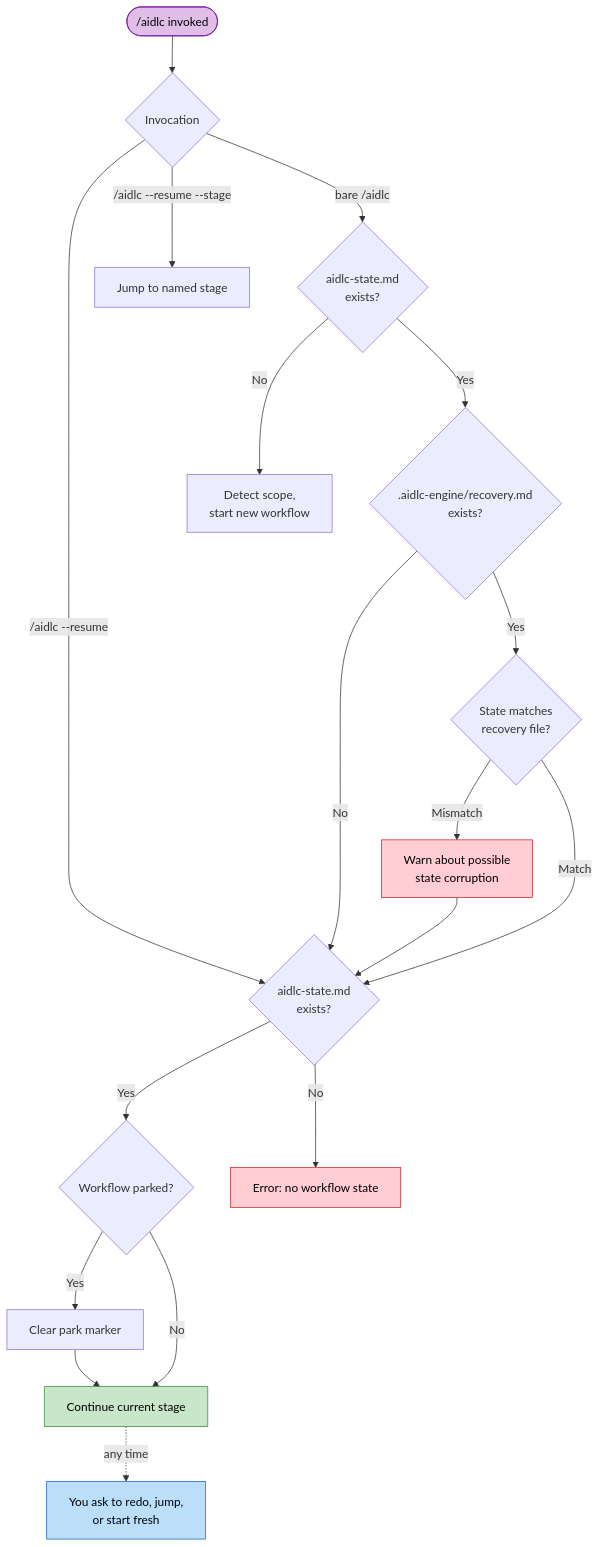
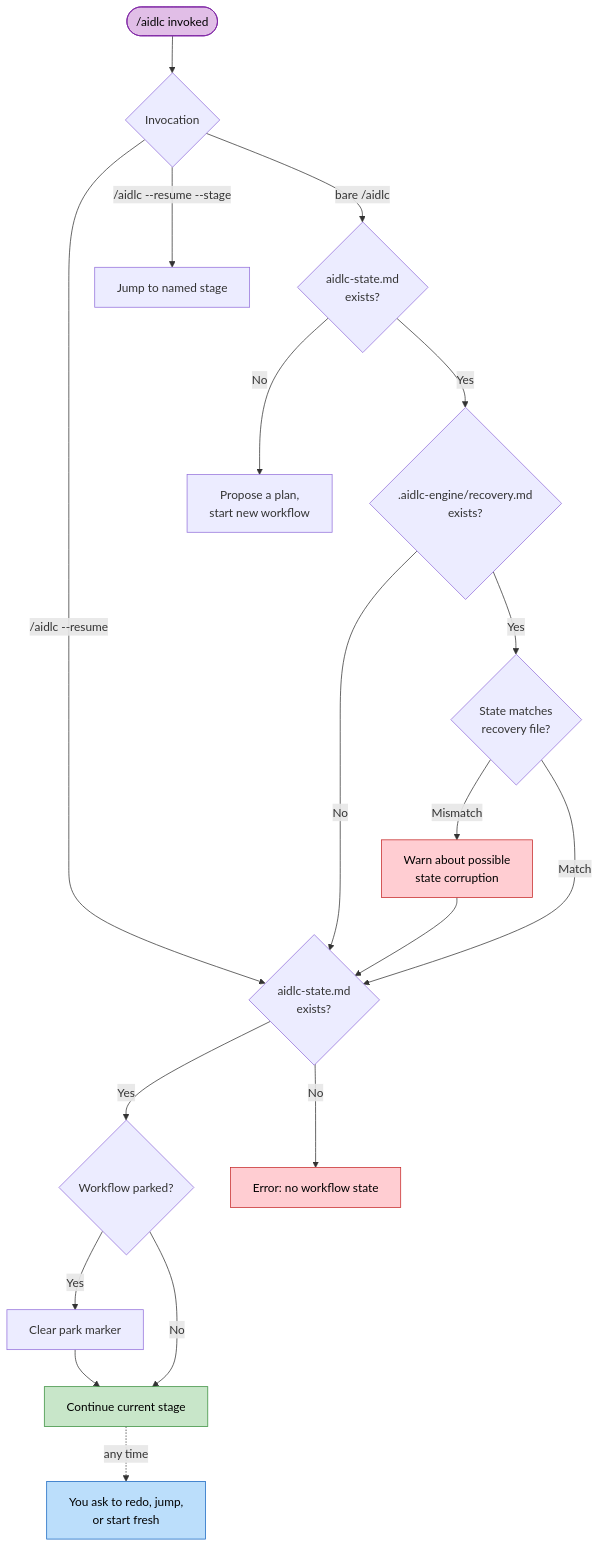
The diagram in docs/guide/ja/11-session-management.md (otomatty/aidlc-guide), drawn with Mermaid before and after one commit. The commit also changed other lines of this file and 740 other files, not shown here.

````diff
--- a/docs/guide/ja/11-session-management.md
+++ b/docs/guide/ja/11-session-management.md
@@ -13,41 +13,41 @@
 ```mermaid
 flowchart TD
     START(["/aidlc invoked"])
     MODE{"Invocation"}
     STATE_EXISTS{"aidlc-state.md\nexists?"}
     RECOVERY_CHECK{".aidlc-engine/recovery.md\nexists?"}
     CORRUPTION{"State matches\nrecovery file?"}
     WARN["Warn about possible\nstate corruption"]
     RESUME_STATE{"aidlc-state.md\nexists?"}
     PARKED{"Workflow parked?"}
     UNPARK["Clear park marker"]
     CONTINUE["Continue current stage"]
     OTHER["You ask to redo, jump,\nor start fresh"]
     JUMP["Jump to named stage"]
     NO_STATE["Error: no workflow state"]
-    SCOPE_DETECT["Detect scope,\nstart new workflow"]
+    SCOPE_DETECT["Propose a plan,\nstart new workflow"]
 
     START --> MODE
     MODE -->|"bare /aidlc"| STATE_EXISTS
     MODE -->|"/aidlc --resume"| RESUME_STATE
     MODE -->|"/aidlc --resume --stage"| JUMP
     STATE_EXISTS -->|Yes| RECOVERY_CHECK
     STATE_EXISTS -->|No| SCOPE_DETECT
 
     RECOVERY_CHECK -->|Yes| CORRUPTION
     RECOVERY_CHECK -->|No| RESUME_STATE
     CORRUPTION -->|Mismatch| WARN --> RESUME_STATE
     CORRUPTION -->|Match| RESUME_STATE
 
     RESUME_STATE -->|No| NO_STATE
     RESUME_STATE -->|Yes| PARKED
     PARKED -->|Yes| UNPARK --> CONTINUE
     PARKED -->|No| CONTINUE
     CONTINUE -.->|"any time"| OTHER
 
     style START fill:#e1bee7,stroke:#7b1fa2,color:#000
     style OTHER fill:#bbdefb,stroke:#1565c0,color:#000
     style CONTINUE fill:#c8e6c9,stroke:#388e3c,color:#000
     style WARN fill:#ffcdd2,stroke:#c62828,color:#000
     style NO_STATE fill:#ffcdd2,stroke:#c62828,color:#000
 ```
````
